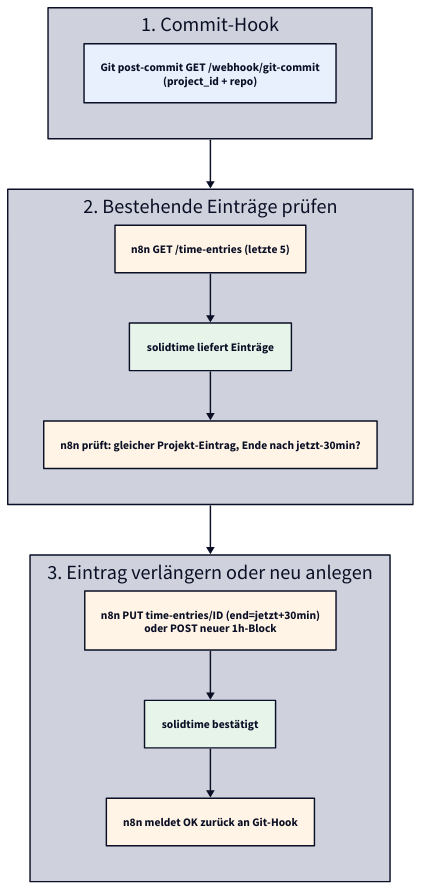
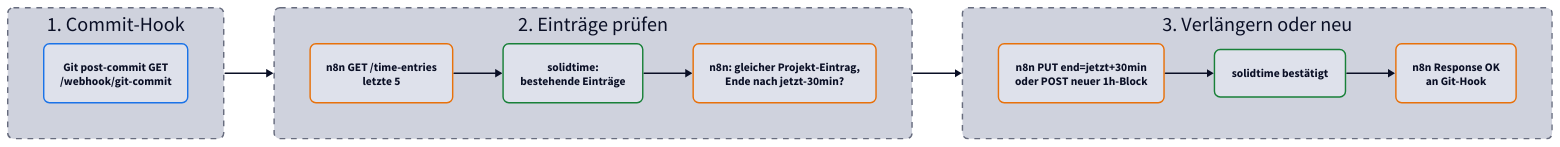
Before and after one commit to derever-labs/homelab-wiki: the third of 3 diagrams in docs/zeiterfassung/index.md, drawn with D2. The commit also changed other lines of this file and 2 other files, not shown here.

Commit message:
refactor(diagrams): Sequence-Diagramme auf Phasen-Flowcharts umstellen

````diff
--- a/docs/zeiterfassung/index.md
+++ b/docs/zeiterfassung/index.md
@@ -157,36 +162,43 @@
 ```d2
 vars: {
   d2-config: {
     theme-id: 1
     layout-engine: elk
   }
 }
 
-direction: down
+direction: right
 
 classes: {
-  git: { style.fill: "#e8f0fe" }
-  n8n: { style.fill: "#fff4e5" }
-  solid: { style.fill: "#e6f4ea" }
+  git: { style: { border-radius: 8; stroke: "#1a73e8" } }
+  n8n: { style: { border-radius: 8; stroke: "#e8710a" } }
+  solid: { style: { border-radius: 8; stroke: "#188038" } }
+  phase: { style: { border-radius: 8; stroke-dash: 4 } }
 }
 
 trigger: 1. Commit-Hook {
-  hook: "Git post-commit GET /webhook/git-commit\n(project_id + repo)" { class: git }
+  class: phase
+  direction: down
+  hook: "Git post-commit GET\n/webhook/git-commit" { class: git }
 }
 
-fetch: 2. Bestehende Einträge prüfen {
-  get: "n8n GET /time-entries (letzte 5)" { class: n8n }
-  list: "solidtime liefert Einträge" { class: solid }
-  check: "n8n prüft: gleicher Projekt-Eintrag, Ende nach jetzt-30min?" { class: n8n }
+fetch: 2. Einträge prüfen {
+  class: phase
+  direction: down
+  get: "n8n GET /time-entries\nletzte 5" { class: n8n }
+  list: "solidtime:\nbestehende Einträge" { class: solid }
+  check: "n8n: gleicher Projekt-Eintrag,\nEnde nach jetzt-30min?" { class: n8n }
   get -> list -> check
 }
 
-write: 3. Eintrag verlängern oder neu anlegen {
-  put: "n8n PUT time-entries/ID (end=jetzt+30min)\noder POST neuer 1h-Block" { class: n8n }
+write: 3. Verlängern oder neu {
+  class: phase
+  direction: down
+  put: "n8n PUT end=jetzt+30min\noder POST neuer 1h-Block" { class: n8n }
   ack: "solidtime bestätigt" { class: solid }
-  ok: "n8n meldet OK zurück an Git-Hook" { class: n8n }
+  ok: "n8n Response OK\nan Git-Hook" { class: n8n }
   put -> ack -> ok
 }
 
 trigger -> fetch -> write
 ```
````
